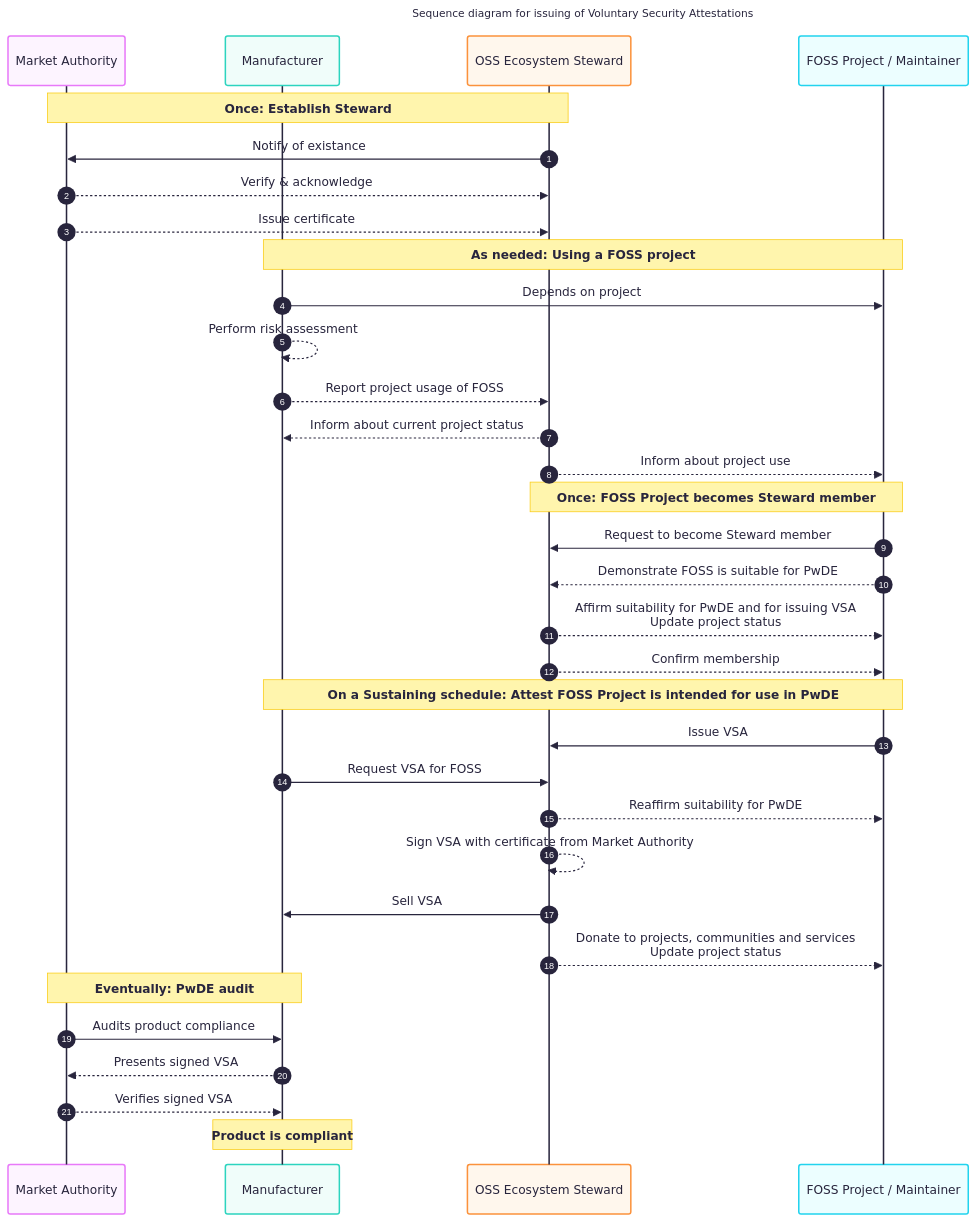
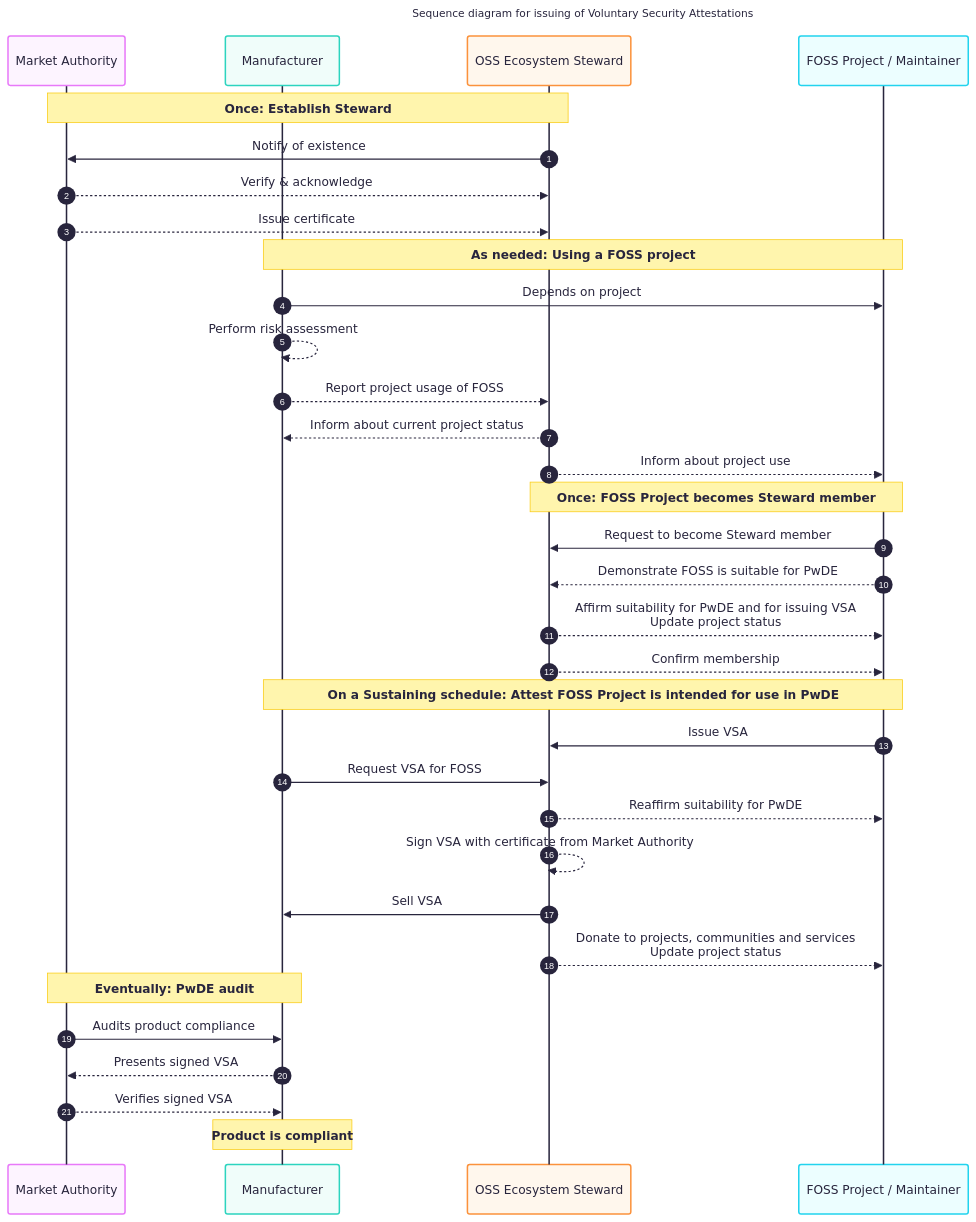
The diagram in docs/ecosystem-steward.md (CPAN-Security/security.metacpan.org), drawn with Mermaid before and after one commit. The commit also changed other lines of this file, not shown here.

````diff
--- a/docs/ecosystem-steward.md
+++ b/docs/ecosystem-steward.md
@@ -175,42 +227,42 @@
 ```mermaid
 ---
 title: Sequence diagram for issuing of Voluntary Security Attestations
 config:
     theme: redux-color
     layout: elk
     look: classic
 ---
 sequenceDiagram
     autonumber
     participant MA as Market Authority
     participant MFG as Manufacturer
     participant ES as OSS Ecosystem Steward
     participant FOSS as FOSS Project / Maintainer
     note over MA,ES: Once: Establish Steward
-    ES->>MA: Notify of existance
+    ES->>MA: Notify of existence
     MA-->>ES: Verify & acknowledge
     MA-->>ES: Issue certificate
     note over MFG,FOSS: As needed: Using a FOSS project
     MFG->>FOSS: Depends on project
     MFG-->>MFG: Perform risk assessment
     MFG-->>ES: Report project usage of FOSS
     ES-->>MFG: Inform about current project status
     ES-->>FOSS: Inform about project use
     note over ES,FOSS: Once: FOSS Project becomes Steward member
     FOSS->>ES: Request to become Steward member
     FOSS-->>ES: Demonstrate FOSS is suitable for PwDE
     ES-->>FOSS: Affirm suitability for PwDE and for issuing VSA<br>Update project status
     ES-->>FOSS: Confirm membership
     note over MFG,FOSS: On a Sustaining schedule: Attest FOSS Project is intended for use in PwDE
     FOSS->>ES: Issue VSA
     MFG->>ES: Request VSA for FOSS
     ES-->>FOSS: Reaffirm suitability for PwDE
     ES-->>ES: Sign VSA with certificate from Market Authority
     ES->>MFG: Sell VSA
     ES-->>FOSS: Donate to projects, communities and services<br>Update project status
     note over MA,MFG: Eventually: PwDE audit
     MA->>MFG: Audits product compliance
     MFG-->>MA: Presents signed VSA
     MA-->>MFG: Verifies signed VSA
     note over MFG: Product is compliant
 ```
````
